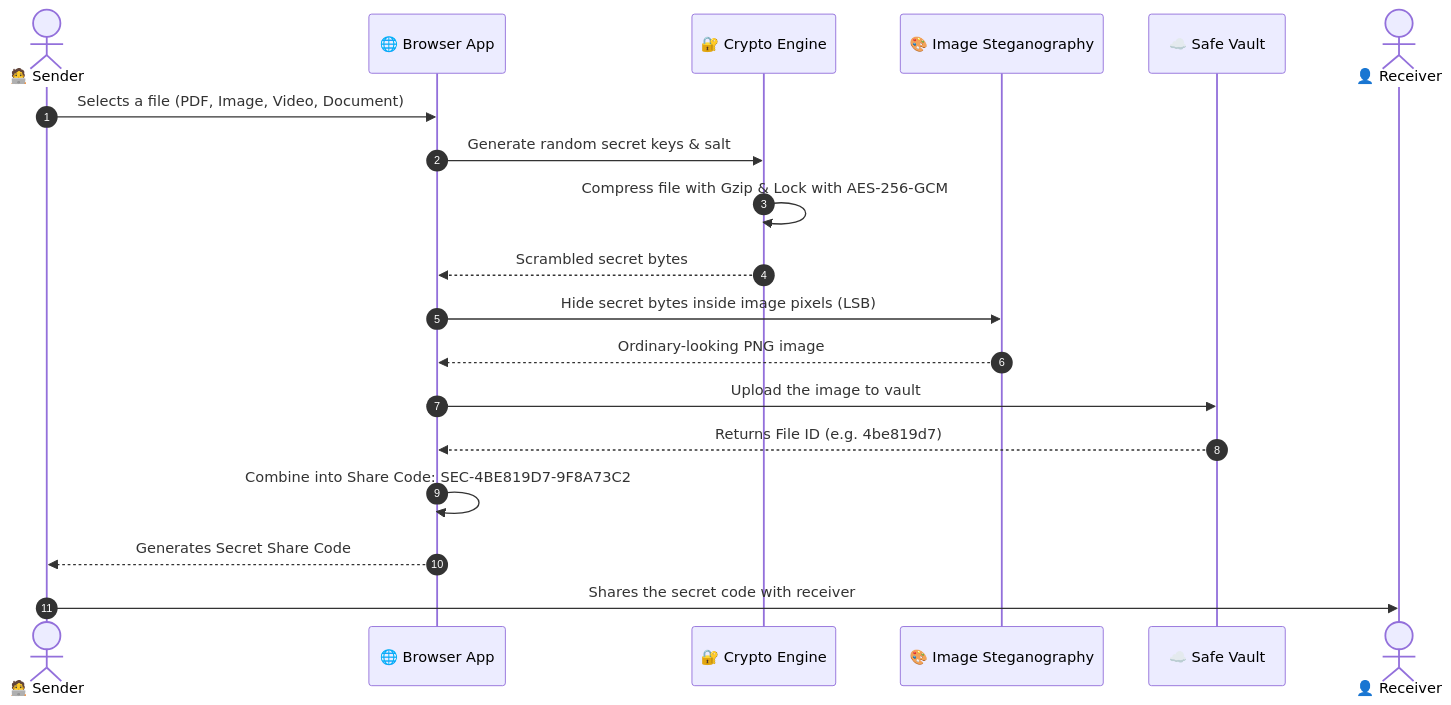
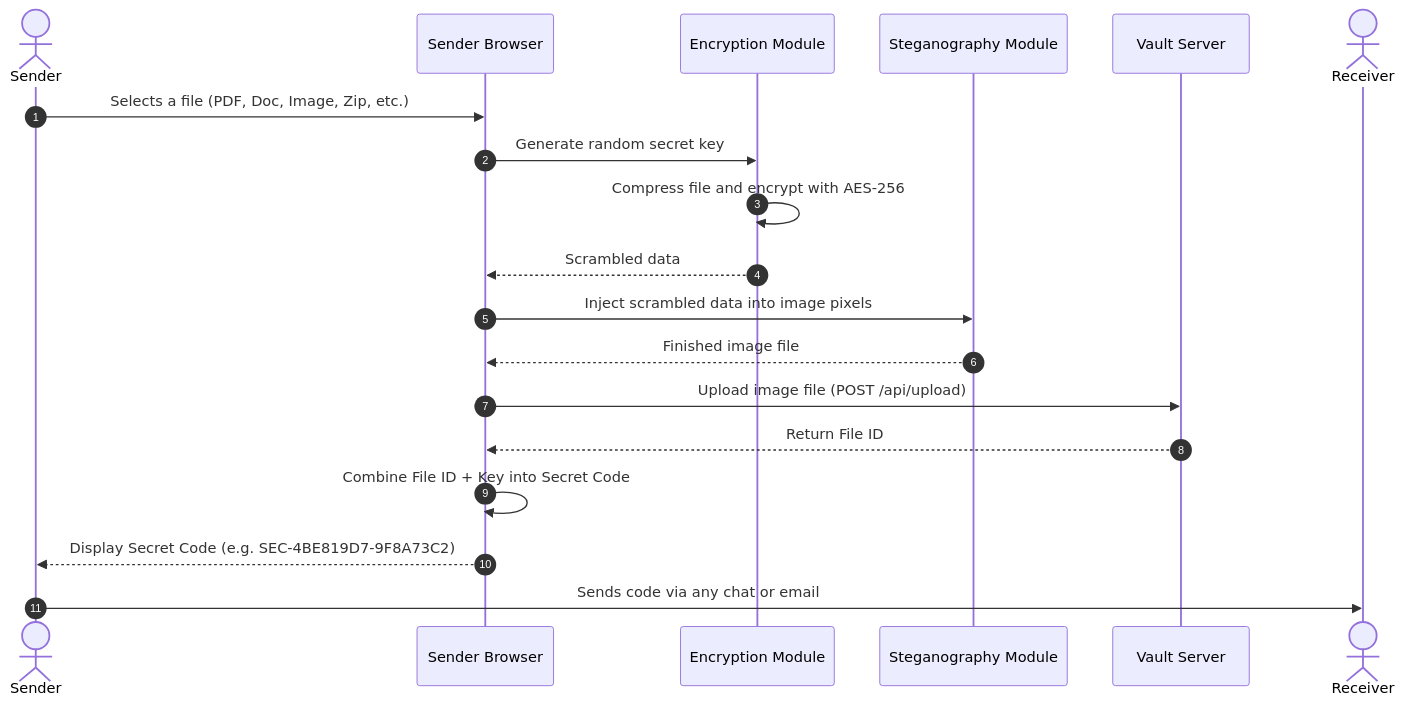
The second of 4 diagrams in README.md (sujalkathait93-lab/filesender), drawn with Mermaid before and after one commit. The commit also changed other lines of this file, not shown here.

Commit message:
Refactor README: clean tone, beginner-friendly explanations, simplified diagrams, minimal emojis

````diff
--- a/README.md
+++ b/README.md
@@ -83,22 +90,22 @@
 ```mermaid
 sequenceDiagram
     autonumber
-    actor Sender as 🧑‍💻 Sender
-    participant Browser as 🌐 Browser App
-    participant Lock as 🔐 Crypto Engine
-    participant Painter as 🎨 Image Steganography
-    participant Server as ☁️ Safe Vault
-    actor Receiver as 👤 Receiver
+    actor Sender as Sender
+    participant Browser as Sender Browser
+    participant Crypto as Encryption Module
+    participant ImageEngine as Steganography Module
+    participant Server as Vault Server
+    actor Receiver as Receiver
 
-    Sender->>Browser: Selects a file (PDF, Image, Video, Document)
-    Browser->>Lock: Generate random secret keys & salt
-    Lock->>Lock: Compress file with Gzip & Lock with AES-256-GCM
-    Lock-->>Browser: Scrambled secret bytes
-    Browser->>Painter: Hide secret bytes inside image pixels (LSB)
-    Painter-->>Browser: Ordinary-looking PNG image
-    Browser->>Server: Upload the image to vault
-    Server-->>Browser: Returns File ID (e.g. 4be819d7)
-    Browser->>Browser: Combine into Share Code: SEC-4BE819D7-9F8A73C2
-    Browser-->>Sender: Generates Secret Share Code
-    Sender->>Receiver: Shares the secret code with receiver
+    Sender->>Browser: Selects a file (PDF, Doc, Image, Zip, etc.)
+    Browser->>Crypto: Generate random secret key
+    Crypto->>Crypto: Compress file and encrypt with AES-256
+    Crypto-->>Browser: Scrambled data
+    Browser->>ImageEngine: Inject scrambled data into image pixels
+    ImageEngine-->>Browser: Finished image file
+    Browser->>Server: Upload image file (POST /api/upload)
+    Server-->>Browser: Return File ID
+    Browser->>Browser: Combine File ID + Key into Secret Code
+    Browser-->>Sender: Display Secret Code (e.g. SEC-4BE819D7-9F8A73C2)
+    Sender->>Receiver: Sends code via any chat or email
 ```
````
